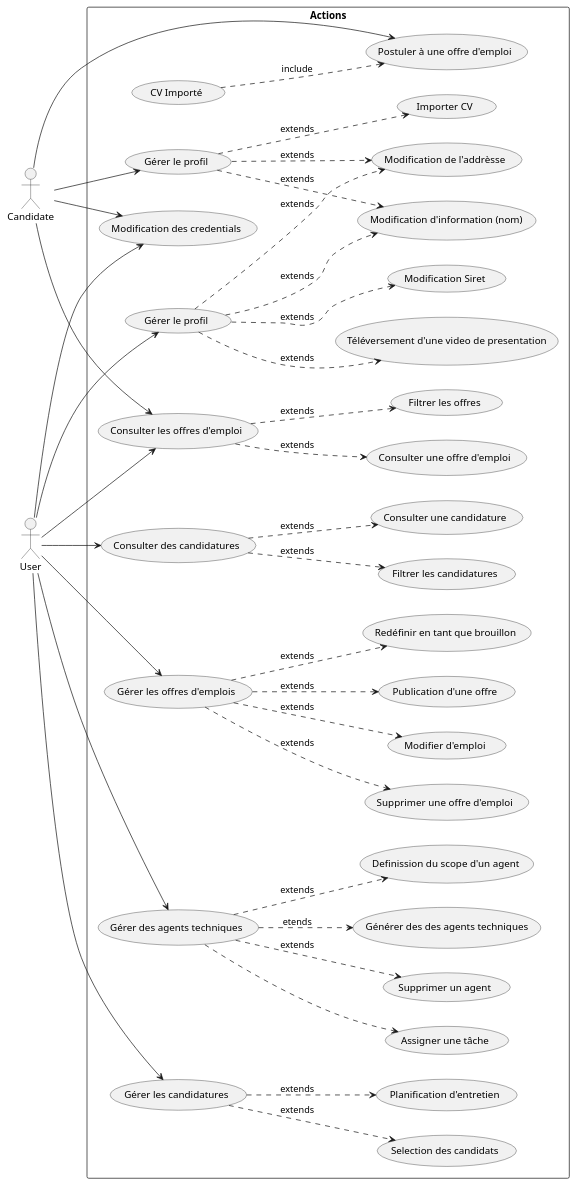
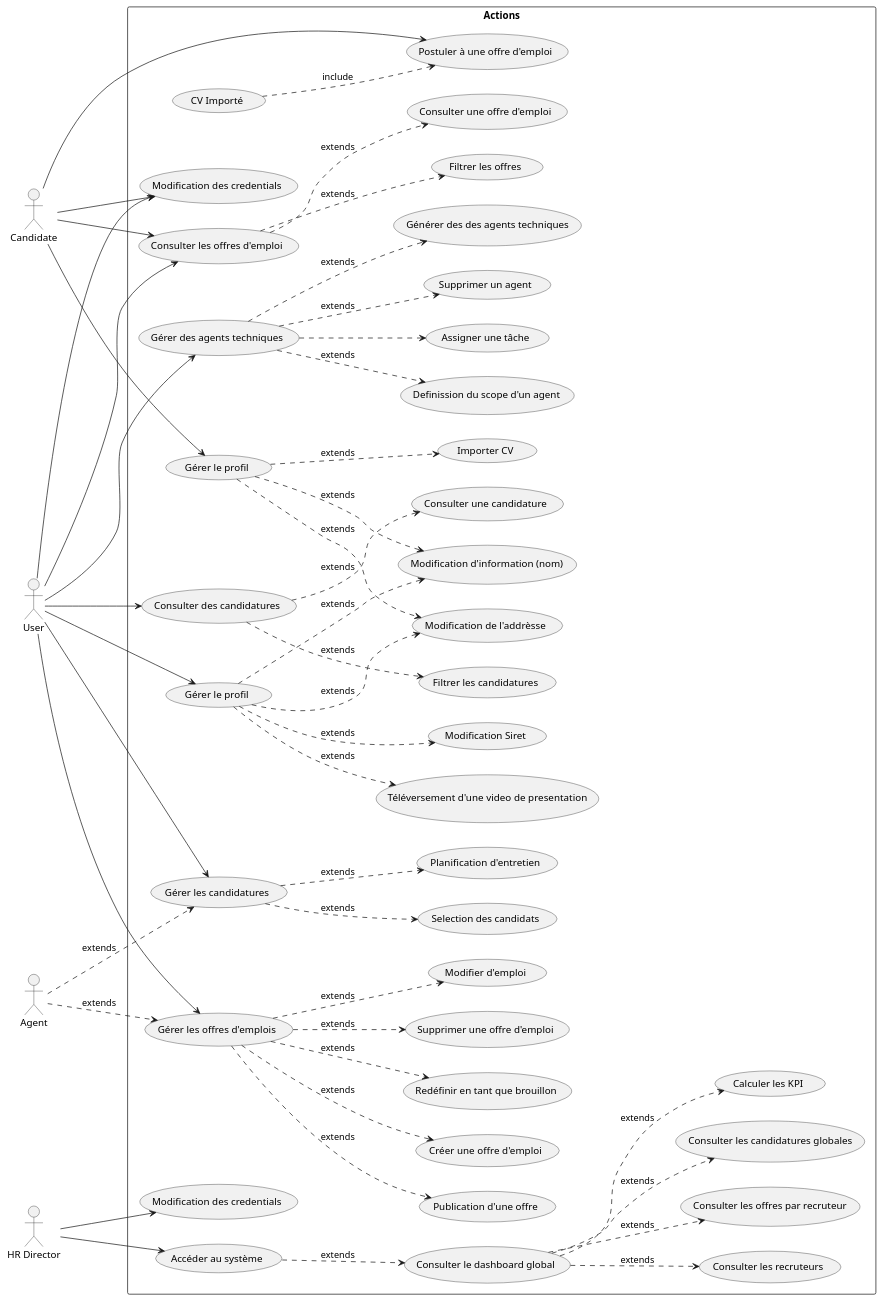
The diagram in ressources/modeling/usecase.puml (Spriggan-Team/HiringForge), drawn with PlantUML before and after one commit. The commit also changed 1 other file, not shown here.

Commit message:
commit auth sequence diagram update

```diff
--- a/ressources/modeling/usecase.puml
+++ b/ressources/modeling/usecase.puml
@@ -1,111 +1,130 @@
 @startuml Usecase
 
 left to right direction
 
 actor "User" as User
 actor Candidate
+actor Agent
+actor "HR Director" as HRDirector
+
+rectangle "Actions" {
 
 
-rectangle "Actions" {
     (Consulter les offres d'emploi) as ConslutJobOfferList
     (Consulter une offre d'emploi) as ConsultJobOffer
     (Filtrer les offres) as FilterJobOffer
 
     (Consulter des candidatures) as ConsultCandidateList
     (Consulter une candidature) as ConsultCandidate
     (Filtrer les candidatures) as FilterCandidate
 
     (Gérer le profil) as ManageCandidateProfil
     (Importer CV) as ImportCV
     usecase "Modification d'information (nom)" as ModifyCandidateName 
     usecase "Modification de l'addrèsse" as ModifyAddress 
 
-
     (Gérer le profil) as ManageUserProfil
     (Téléversement d'une video de presentation) as UploadVideo
     (Modification Siret) as ChangeSiretNumber
     (Modification des credentials) as ChangeAuthCredential
 
     (CV Importé) as ImportedCV
     (Postuler à une offre d'emploi) as ApplyJobOffer
-    
 
     (Gérer les candidatures) as ManageCandidates
     (Selection des candidats) as CandidateSelection
     (Planification d'entretien) as PlanInterview
-    ' (Mise en place d'evaluation technique) as EvalCandidate 
-
 
     (Gérer les offres d'emplois) as ManageJobOffer
     (Publication d'une offre) as PublishJobOffer
     (Créer une offre d'emploi) as CreateOffer
-    (Redéfinir en tant que brouillon) as CreateOffer
+    (Redéfinir en tant que brouillon) as DraftOffer
     (Supprimer une offre d'emploi) as DeleteJobOffer
     (Modifier d'emploi) as ModifyOffer
 
     (Gérer des agents techniques) as ManageAgent
     (Générer des des agents techniques) as CreateAgent
     (Definission du scope d'un agent) as AgentScopeAction
     (Assigner une tâche) as AgentAssignement
     (Supprimer un agent) as DeleteAgent 
+
+
+
+
+    (Accéder au système) as AccessSystem
+    (Consulter le dashboard global) as ViewDashboard
+    (Consulter les recruteurs) as GetRecruiters
+    (Consulter les offres par recruteur) as GetOffersByRecruiter
+    (Consulter les candidatures globales) as GetApplications
+    (Calculer les KPI) as ComputeKPIs
+    (Modification des credentials) as ChangeAuthCredential2
+
 }
 
 
-'Basics Actions
+
 ConslutJobOfferList ..> ConsultJobOffer: extends
 ConslutJobOfferList ..> FilterJobOffer: extends
 
 User --> ConslutJobOfferList
 User --> ChangeAuthCredential
 Candidate --> ChangeAuthCredential
 Candidate -> ConslutJobOfferList
 
-
-' CandidatesProfil
 ManageCandidateProfil ..> ModifyCandidateName : extends
 ManageCandidateProfil ..> ModifyAddress :extends
 ManageCandidateProfil ..> ImportCV : extends
 
 Candidate --> ManageCandidateProfil
 
-' User  Applications (Apply)
 Candidate --> ApplyJobOffer
 ApplyJobOffer <.up. ImportedCV : include 
 
-' Manage Agent
-ManageAgent ..> CreateAgent : etends
+ManageAgent ..> CreateAgent : extends
 ManageAgent ..> AgentScopeAction : extends
 ManageAgent ..> DeleteAgent : extends
 ManageAgent ..> AgentAssignement
 
 User -> ManageAgent
 
-'Manage Candidate
 ConsultCandidateList ..> ConsultCandidate : extends
 ConsultCandidateList ..> FilterCandidate : extends
 
 ManageCandidates ..> CandidateSelection : extends
 ManageCandidates ..> PlanInterview : extends
-' ManageCandidates ..> EvalCandidate : extends
 
 User -> ManageCandidates
 User -> ConsultCandidateList
 
-'Manage User profil
 ManageUserProfil ..> ModifyCandidateName: extends
 ManageUserProfil ..> ModifyAddress     : extends
 ManageUserProfil ..> UploadVideo       : extends
 ManageUserProfil ..> ChangeSiretNumber : extends
 
 User -> ManageUserProfil
 
-' Manage Offers
 ManageJobOffer ..> PublishJobOffer : extends
 ManageJobOffer ..> DeleteJobOffer  : extends
 ManageJobOffer ..> CreateOffer     : extends
 ManageJobOffer ..> ModifyOffer     : extends
+ManageJobOffer ..> DraftOffer : extends
+
 User -> ManageJobOffer
+
+Agent ..> ManageJobOffer : extends
+Agent ..> ManageCandidates: extends
 
 
 
+
+HRDirector --> AccessSystem
+AccessSystem ..> ViewDashboard : extends
+
+ViewDashboard ..> GetRecruiters : extends
+ViewDashboard ..> GetOffersByRecruiter : extends
+ViewDashboard ..> GetApplications : extends
+ViewDashboard ..> ComputeKPIs : extends
+
+HRDirector -down-> ChangeAuthCredential2
+
 @enduml
```
